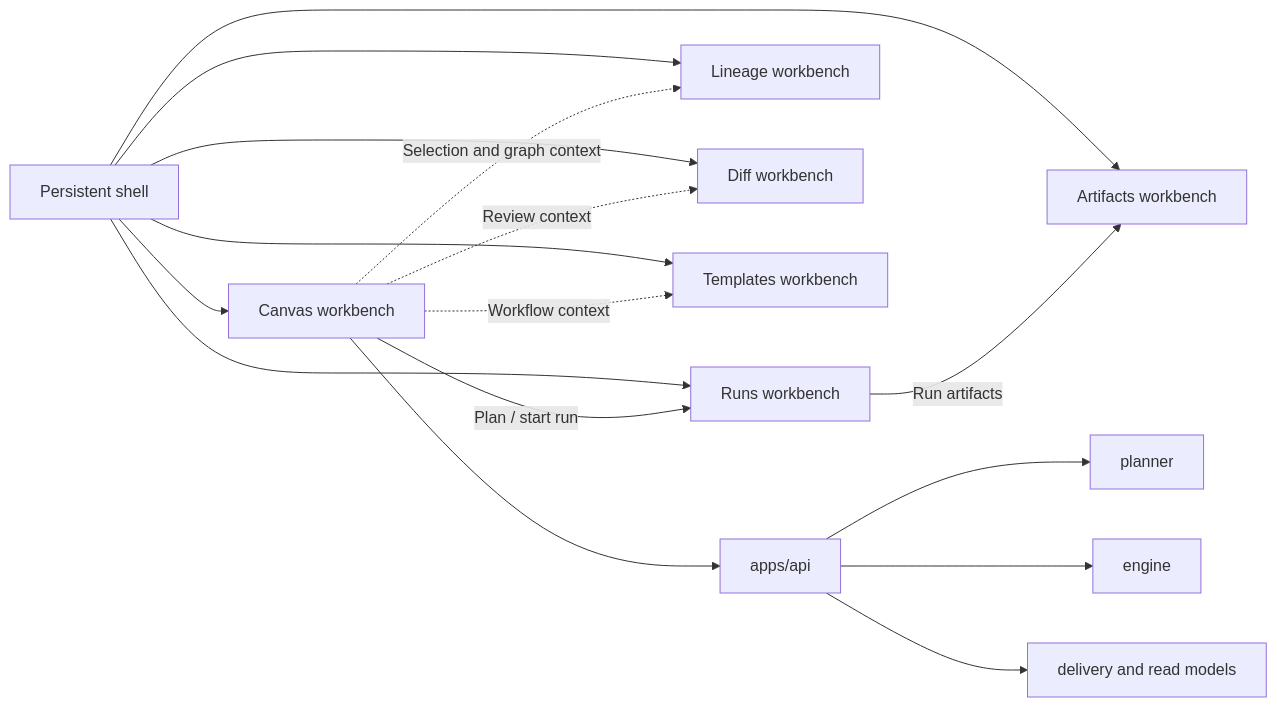
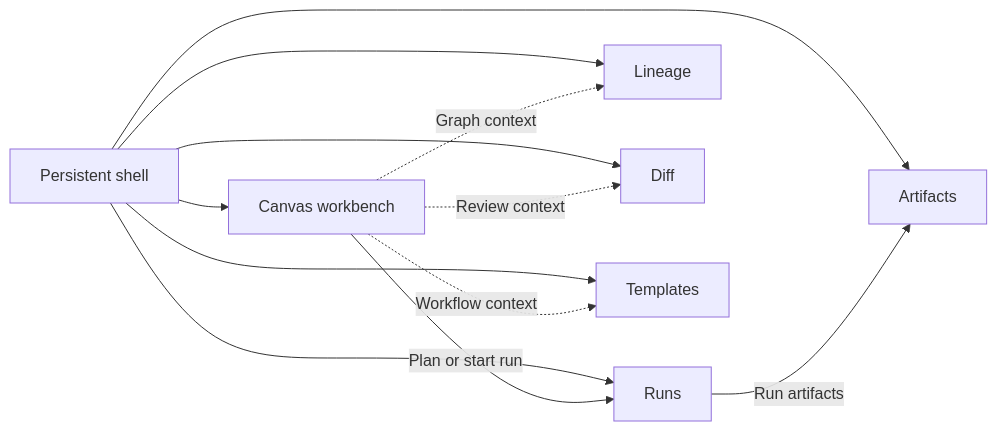
Before and after one commit to dunay2/dvt: the first of 3 diagrams in docs/architecture/components/web/graph/canvas-component-map-and-modernization-review.md, drawn with Mermaid. The commit also changed other lines of this file and 4 other files, not shown here.

Commit message:
docs(docs): Compact graph architecture pack and fix doc encoding

````diff
--- a/docs/architecture/components/web/graph/canvas-component-map-and-modernization-review.md
+++ b/docs/architecture/components/web/graph/canvas-component-map-and-modernization-review.md
@@ -96,20 +57,15 @@
 ```mermaid
 flowchart LR
   Shell["Persistent shell"] --> Canvas["Canvas workbench"]
-  Shell --> Runs["Runs workbench"]
-  Shell --> Lineage["Lineage workbench"]
-  Shell --> Diff["Diff workbench"]
-  Shell --> Artifacts["Artifacts workbench"]
-  Shell --> Templates["Templates workbench"]
+  Shell --> Runs["Runs"]
+  Shell --> Lineage["Lineage"]
+  Shell --> Diff["Diff"]
+  Shell --> Artifacts["Artifacts"]
+  Shell --> Templates["Templates"]
 
-  Canvas -->|"Plan / start run"| Runs
-  Canvas -. "Selection and graph context" .-> Lineage
+  Canvas -->|"Plan or start run"| Runs
+  Canvas -. "Graph context" .-> Lineage
   Canvas -. "Review context" .-> Diff
   Runs -->|"Run artifacts"| Artifacts
   Canvas -. "Workflow context" .-> Templates
-
-  Canvas --> Api["apps/api"]
-  Api --> Planner["planner"]
-  Api --> Engine["engine"]
-  Api --> Delivery["delivery and read models"]
 ```
````
